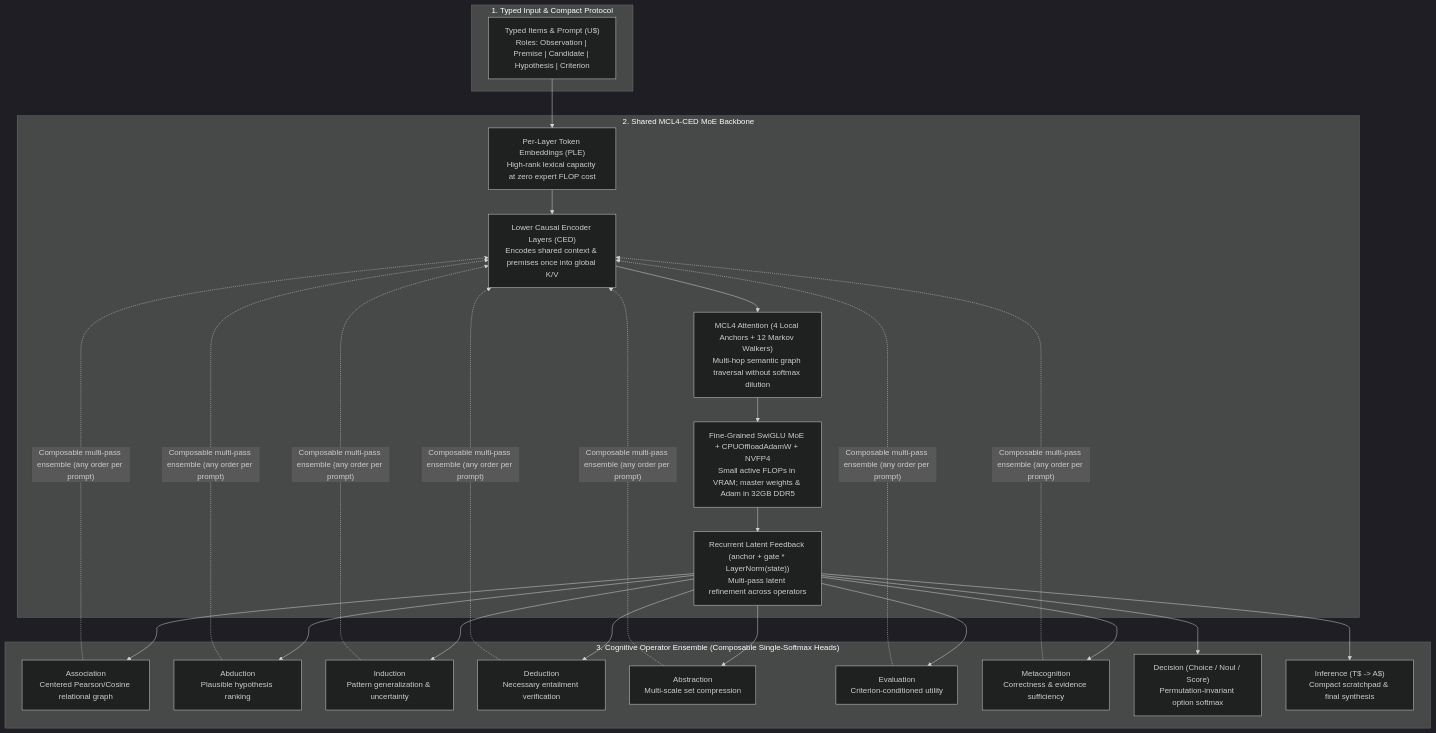
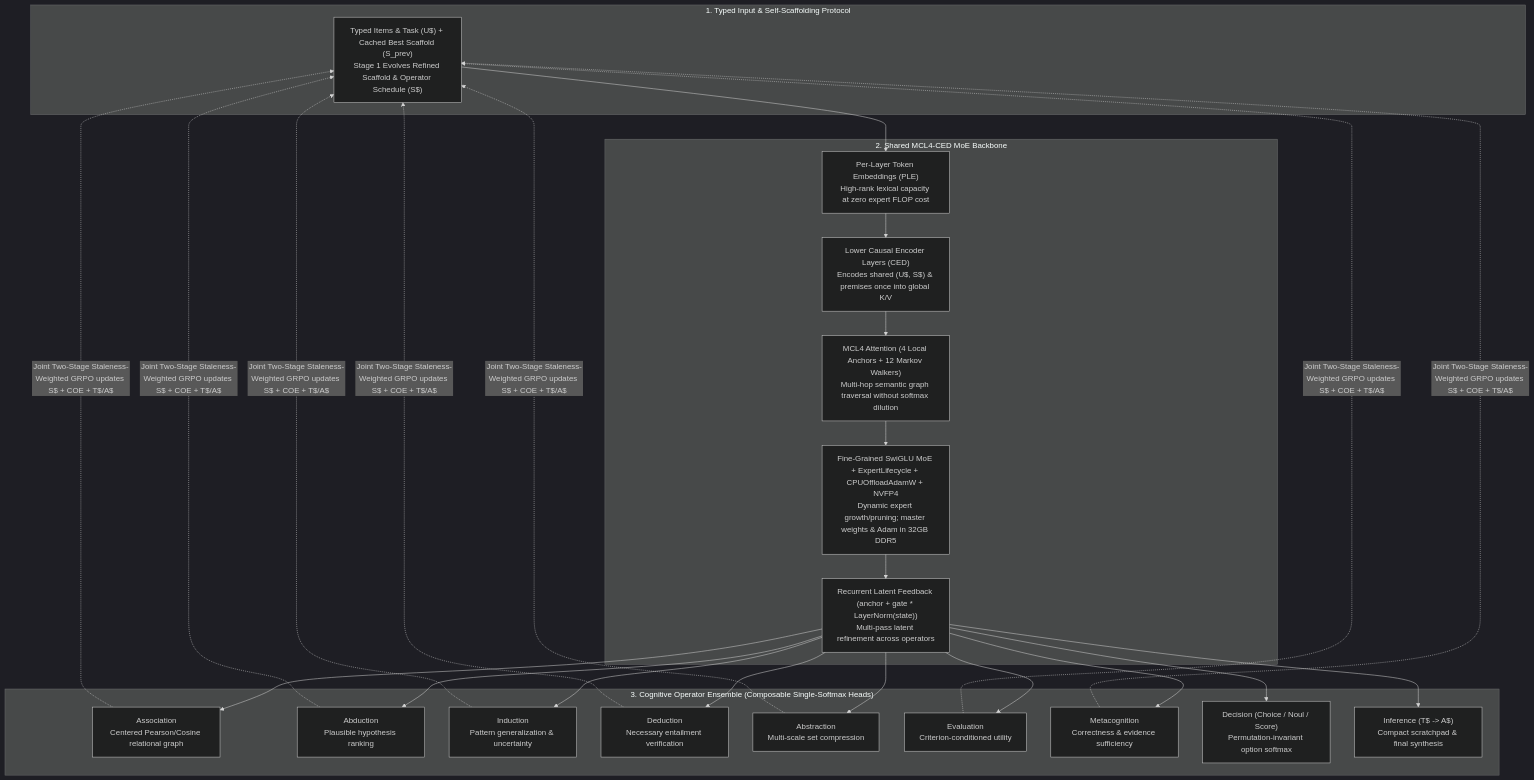
One commit to mESmaC/MCL4-COE changed the diagram in README.md. Above: the diagram before and after it, drawn with Mermaid (dark theme). The commit also changed other lines of this file and 1 other file, not shown here.

Commit message:
Add Ornith-1.0 self-scaffolding, staleness-weighted GRPO, 3-layer anti-reward-hacking guard, and ExpertLifecycle spec

````diff
--- a/README.md
+++ b/README.md
@@ -18,31 +18,31 @@
 ```mermaid
 flowchart TD
-    subgraph Input["1. Typed Input & Compact Protocol"]
-        U["Typed Items & Prompt (U$)<br/>Roles: Observation | Premise | Candidate | Hypothesis | Criterion"]
+    subgraph Input["1. Typed Input & Self-Scaffolding Protocol"]
+        U["Typed Items & Task (U$) + Cached Best Scaffold (S_prev)<br/>Stage 1 Evolves Refined Scaffold & Operator Schedule (S$)"]
     end
 
     subgraph Backbone["2. Shared MCL4-CED MoE Backbone"]
         PLE["Per-Layer Token Embeddings (PLE)<br/>High-rank lexical capacity at zero expert FLOP cost"]
-        ENC["Lower Causal Encoder Layers (CED)<br/>Encodes shared context & premises once into global K/V"]
+        ENC["Lower Causal Encoder Layers (CED)<br/>Encodes shared (U$, S$) & premises once into global K/V"]
         MCL4["MCL4 Attention (4 Local Anchors + 12 Markov Walkers)<br/>Multi-hop semantic graph traversal without softmax dilution"]
-        MOE["Fine-Grained SwiGLU MoE + CPUOffloadAdamW + NVFP4<br/>Small active FLOPs in VRAM; master weights & Adam in 32GB DDR5"]
+        MOE["Fine-Grained SwiGLU MoE + ExpertLifecycle + CPUOffloadAdamW + NVFP4<br/>Dynamic expert growth/pruning; master weights & Adam in 32GB DDR5"]
         REC["Recurrent Latent Feedback (anchor + gate * LayerNorm(state))<br/>Multi-pass latent refinement across operators"]
         PLE --> ENC --> MCL4 --> MOE --> REC
     end
 
     subgraph COE["3. Cognitive Operator Ensemble (Composable Single-Softmax Heads)"]
         ASSOC["Association<br/>Centered Pearson/Cosine relational graph"]
         ABD["Abduction<br/>Plausible hypothesis ranking"]
         IND["Induction<br/>Pattern generalization & uncertainty"]
         DED["Deduction<br/>Necessary entailment verification"]
         ABS["Abstraction<br/>Multi-scale set compression"]
         EVAL["Evaluation<br/>Criterion-conditioned utility"]
         META["Metacognition<br/>Correctness & evidence sufficiency"]
         DEC["Decision (Choice / Noul / Score)<br/>Permutation-invariant option softmax"]
         INF["Inference (T$ -> A$)<br/>Compact scratchpad & final synthesis"]
     end
 
     U --> PLE
     REC --> ASSOC & ABD & IND & DED & ABS & EVAL & META & DEC & INF
-    ASSOC & ABD & IND & DED & ABS & EVAL & META -. "Composable multi-pass ensemble (any order per prompt)" .-> ENC
+    ASSOC & ABD & IND & DED & ABS & EVAL & META -. "Joint Two-Stage Staleness-Weighted GRPO updates S$ + COE + T$/A$" .-> U
 ```
````
